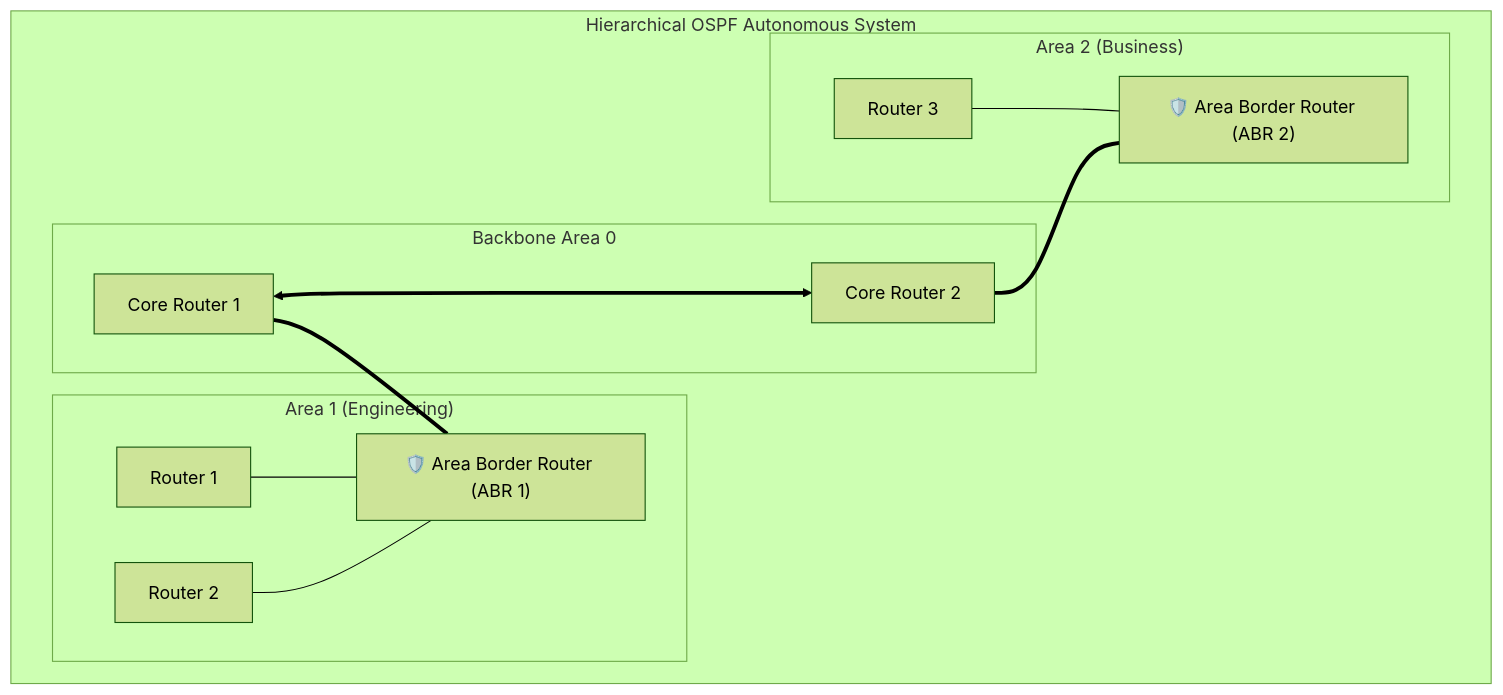
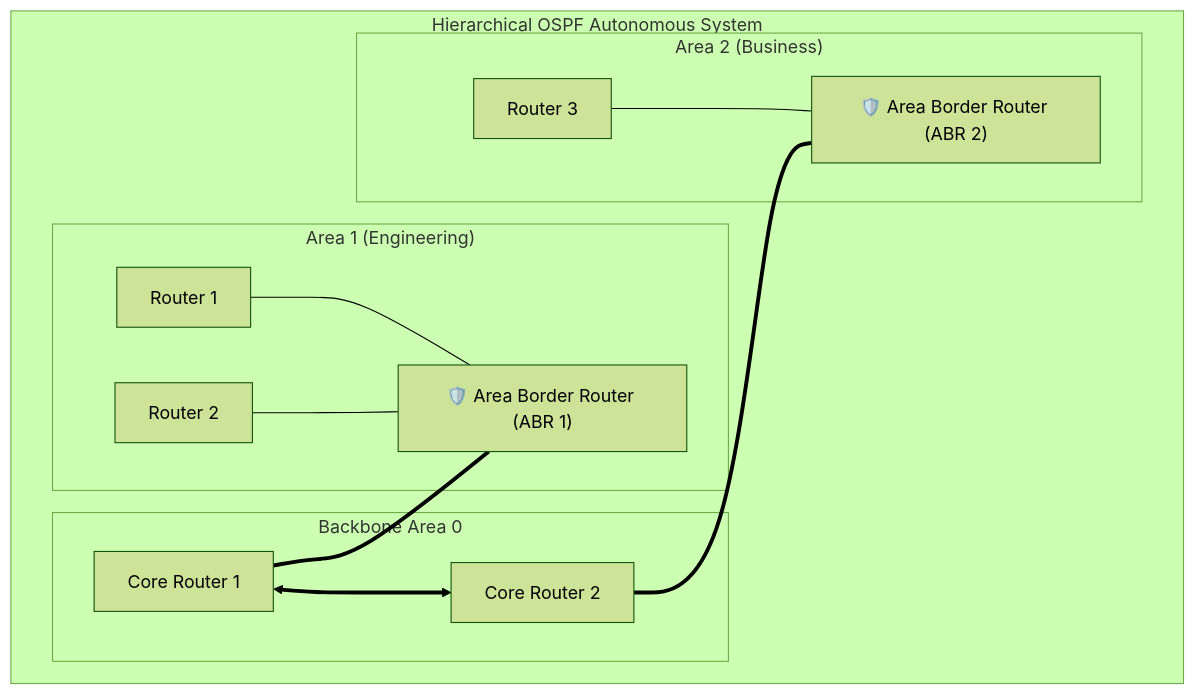
One commit to kanomoo/computer-network-and-Internet changed the seventh of 9 diagrams in 05_Wiki/Archive_Old_Curriculum_Notes/Lecture 5 - Network Layer, Routing, and IP Addressing (Old Curriculum).md. Above: the diagram before and after it, drawn with Mermaid (forest theme). The commit also changed other lines of this file and 31 other files, not shown here.

````diff
--- a/05_Wiki/Archive_Old_Curriculum_Notes/Lecture 5 - Network Layer, Routing, and IP Addressing (Old Curriculum).md
+++ b/05_Wiki/Archive_Old_Curriculum_Notes/Lecture 5 - Network Layer, Routing, and IP Addressing (Old Curriculum).md
@@ -498,23 +498,23 @@
 ```mermaid
 flowchart TD
     subgraph HIERARCHICAL_OSPF ["Hierarchical OSPF Autonomous System"]
         subgraph BACKBONE_AREA ["Backbone Area 0"]
-            CR1["Core Router 1"] <===> CR2["Core Router 2"]
+            CR1["Core Router 1"] <==> CR2["Core Router 2"]
         end
 
         subgraph AREA_1 ["Area 1 (Engineering)"]
             ABR1["🛡️ Area Border Router (ABR 1)"]
             R1["Router 1"] --- ABR1
             R2["Router 2"] --- ABR1
         end
 
         subgraph AREA_2 ["Area 2 (Business)"]
             ABR2["🛡️ Area Border Router (ABR 2)"]
             R3["Router 3"] --- ABR2
         end
 
         CR1 === ABR1
         CR2 === ABR2
     end
 
 ```
````
